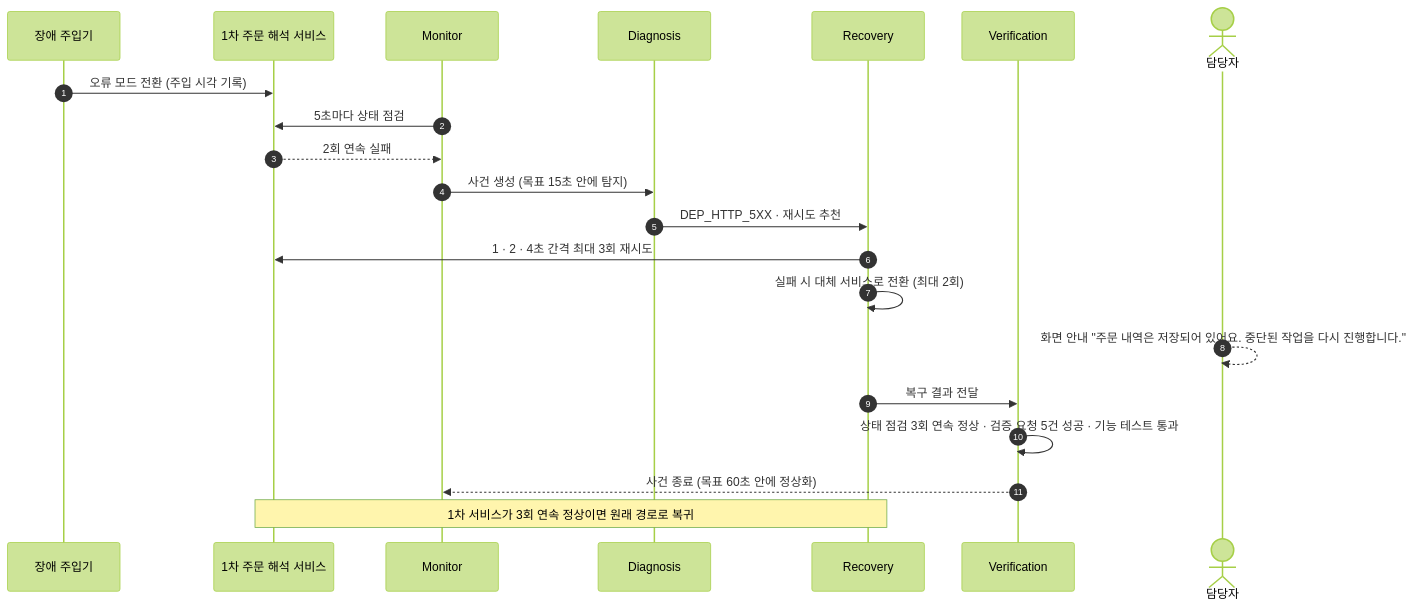
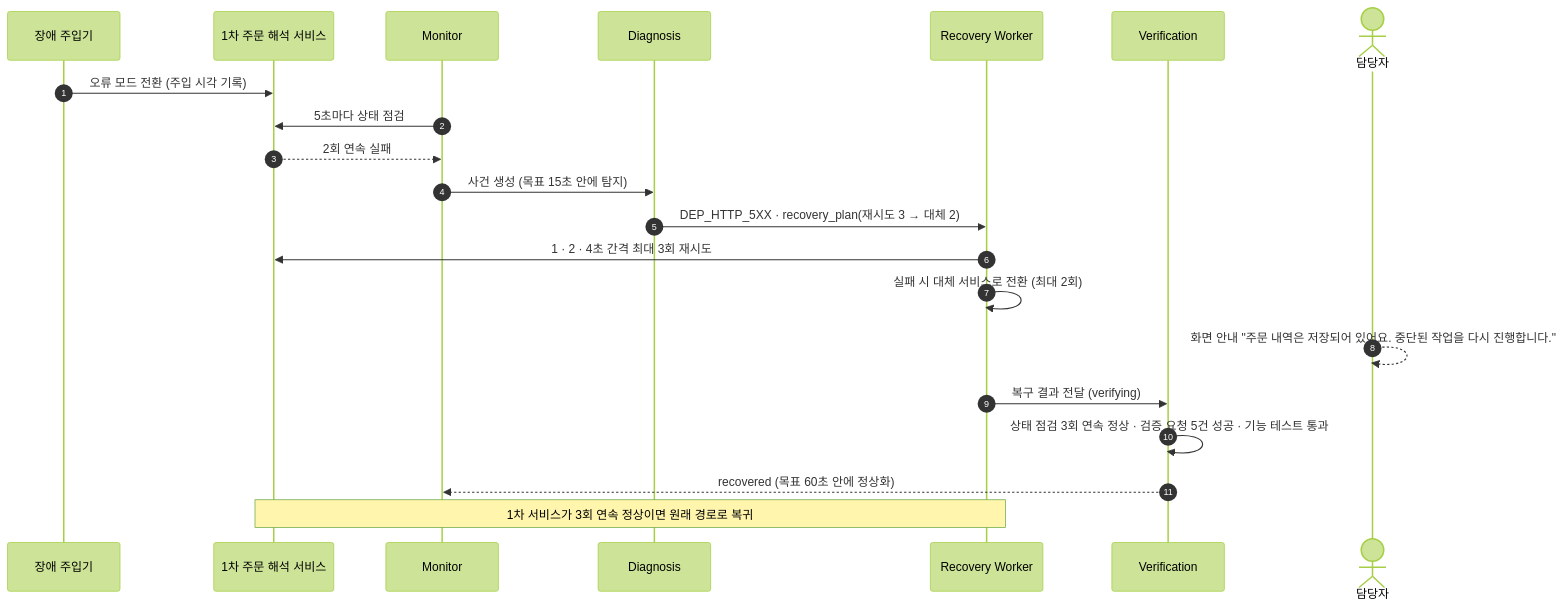
Before and after one commit to 931njhthe-star/moa: the eighth of 10 diagrams in docs/PRD.md, drawn with Mermaid (forest theme). The commit also changed other lines of this file, not shown here.

````diff
--- a/docs/PRD.md
+++ b/docs/PRD.md
@@ -331,24 +422,24 @@
 ```mermaid
 sequenceDiagram
     autonumber
     participant INJ as 장애 주입기
     participant SVC as 1차 주문 해석 서비스
     participant MON as Monitor
     participant DIA as Diagnosis
-    participant REC as Recovery
+    participant REC as Recovery Worker
     participant VER as Verification
     actor 담당자
 
     INJ->>SVC: 오류 모드 전환 (주입 시각 기록)
     MON->>SVC: 5초마다 상태 점검
     SVC-->>MON: 2회 연속 실패
     MON->>DIA: 사건 생성 (목표 15초 안에 탐지)
-    DIA->>REC: DEP_HTTP_5XX · 재시도 추천
+    DIA->>REC: DEP_HTTP_5XX · recovery_plan(재시도 3 → 대체 2)
     REC->>SVC: 1 · 2 · 4초 간격 최대 3회 재시도
     REC->>REC: 실패 시 대체 서비스로 전환 (최대 2회)
     담당자-->>담당자: 화면 안내 "주문 내역은 저장되어 있어요. 중단된 작업을 다시 진행합니다."
-    REC->>VER: 복구 결과 전달
+    REC->>VER: 복구 결과 전달 (verifying)
     VER->>VER: 상태 점검 3회 연속 정상 · 검증 요청 5건 성공 · 기능 테스트 통과
-    VER-->>MON: 사건 종료 (목표 60초 안에 정상화)
+    VER-->>MON: recovered (목표 60초 안에 정상화)
     Note over SVC,REC: 1차 서비스가 3회 연속 정상이면 원래 경로로 복귀
 ```
````
